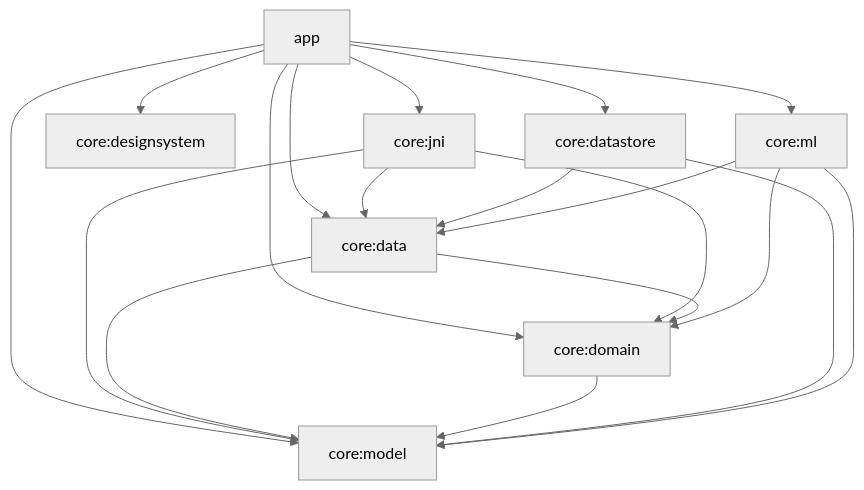
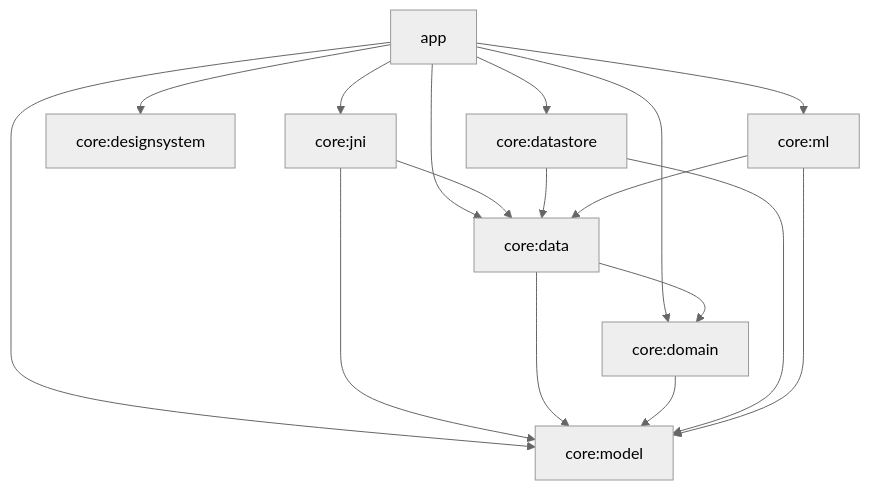
Before and after one commit to goodmidnight/native: the eighth of 9 diagrams in README.md, drawn with Mermaid (neutral theme). The commit also changed other lines of this file, not shown here.

First line of the commit message:
docs(readme): simplify architecture diagrams and project documentation

````diff
--- a/README.md
+++ b/README.md
@@ -325,26 +271,24 @@
 ```mermaid
 graph TB
     app --> core:data
     app --> core:datastore
     app --> core:designsystem
     app --> core:domain
     app --> core:model
     app --> core:ml
     app --> core:jni
 
     core:jni --> core:data
-    core:jni --> core:domain
     core:jni --> core:model
 
     core:data --> core:domain
     core:data --> core:model
 
     core:domain --> core:model
 
     core:datastore --> core:data
     core:datastore --> core:model
 
-    core:ml --> core:domain
     core:ml --> core:model
     core:ml --> core:data
 ```
````
